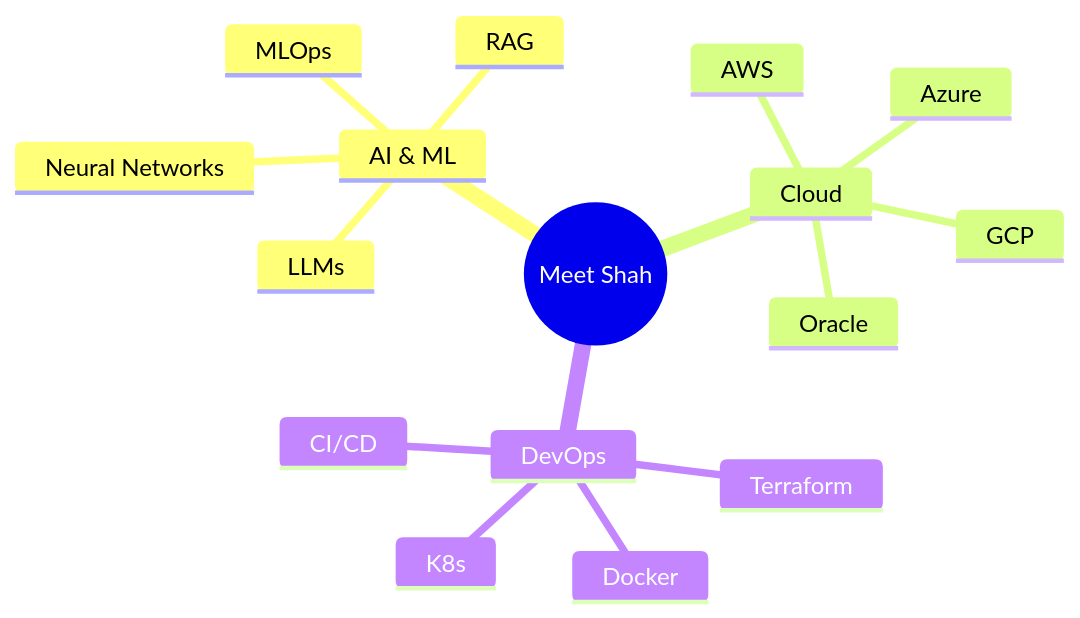
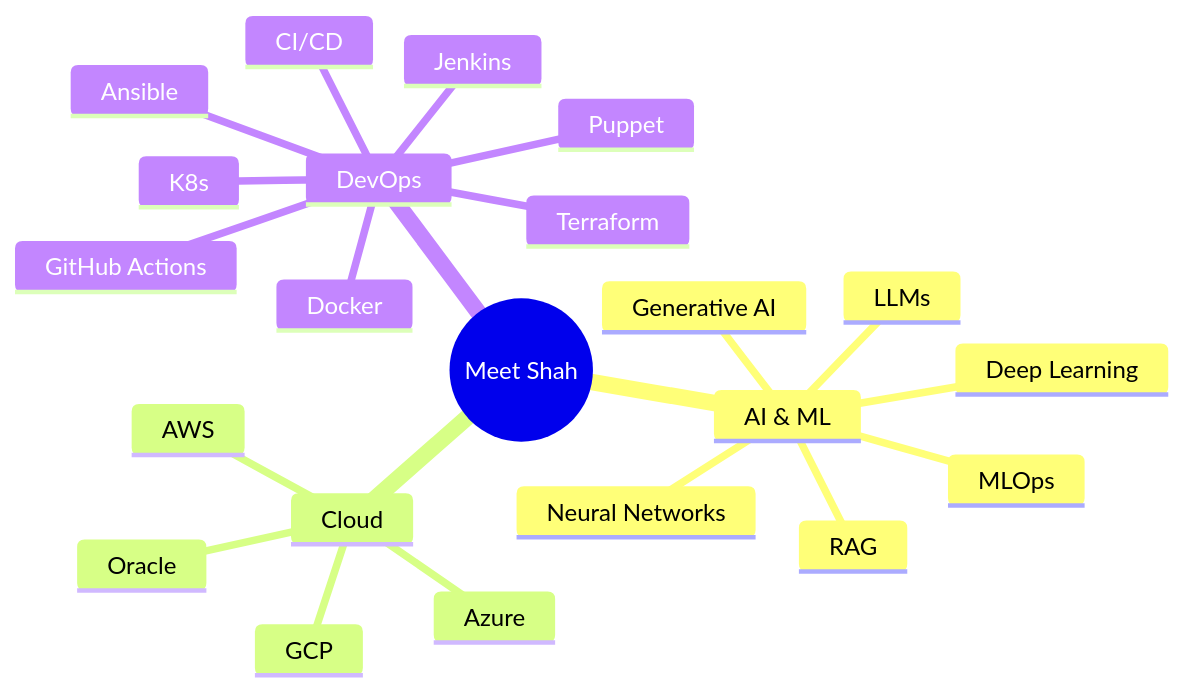
Before and after one commit to MeetJainAi/meetjainai: the diagram in README.md, drawn with Mermaid. The commit also changed other lines of this file, not shown here.

````diff
--- a/README.md
+++ b/README.md
@@ -26,19 +28,25 @@
 ```mermaid
 mindmap
   root((Meet Shah))
-    AI & ML
+    AI \& ML
       LLMs
       RAG
       MLOps
       Neural Networks
+      Deep Learning
+      Generative AI
     Cloud
       AWS
       Azure
       GCP
       Oracle
     DevOps
       Terraform
       Docker
       K8s
       CI/CD
+      Ansible
+      Puppet
+      Jenkins
+      GitHub Actions
 ```
````
